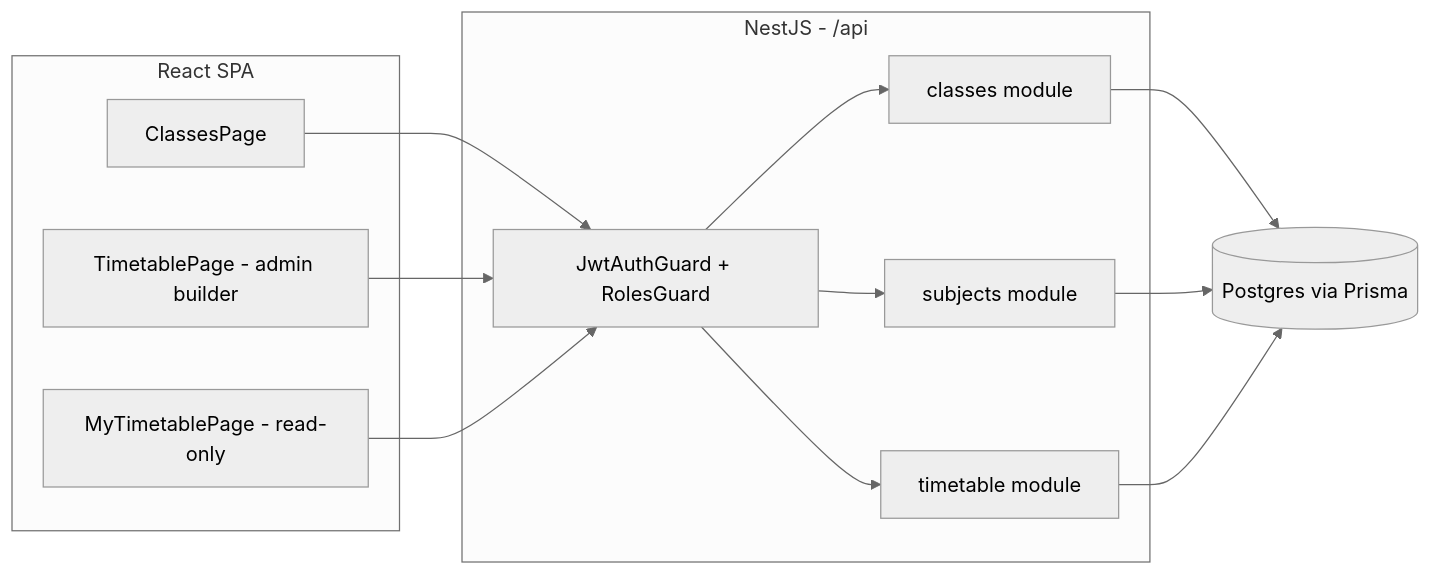
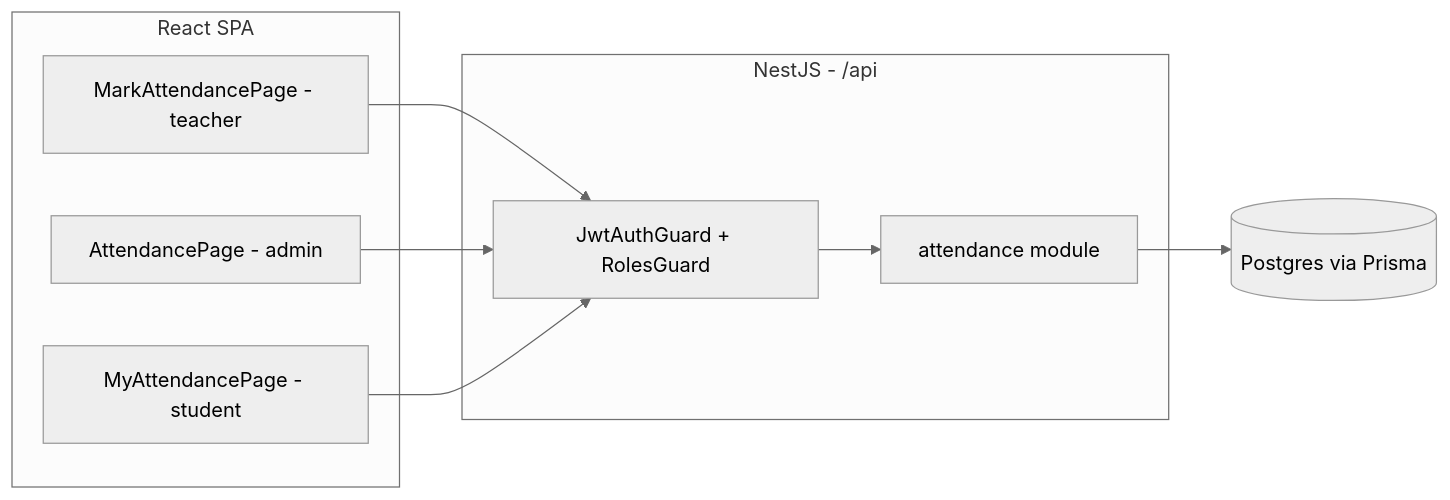
The diagram in docs/plan.md (aimen-izhar-brainx/school-management-web-app), drawn with Mermaid (neutral theme) before and after one commit. The commit also changed other lines of this file and 25 other files, not shown here.

````diff
--- a/docs/plan.md
+++ b/docs/plan.md
@@ -28,27 +32,21 @@
 ```mermaid
 flowchart LR
     subgraph Frontend [React SPA]
-        CP[ClassesPage]
-        TP[TimetablePage - admin builder]
-        MP[MyTimetablePage - read-only]
+        MA[MarkAttendancePage - teacher]
+        AP[AttendancePage - admin]
+        MY[MyAttendancePage - student]
     end
 
     subgraph Backend [NestJS - /api]
         G[JwtAuthGuard + RolesGuard]
-        CM[classes module]
-        SM[subjects module]
-        TM[timetable module]
+        AM[attendance module]
     end
 
     DB[(Postgres via Prisma)]
 
-    CP --> G
-    TP --> G
-    MP --> G
-    G --> CM
-    G --> SM
-    G --> TM
-    CM --> DB
-    SM --> DB
-    TM --> DB
+    MA --> G
+    AP --> G
+    MY --> G
+    G --> AM
+    AM --> DB
 ```
````
